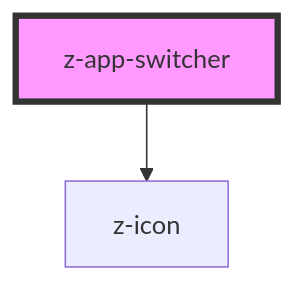
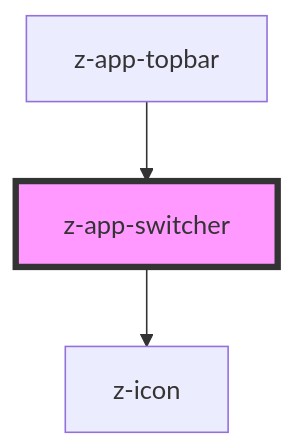
Before and after one commit to ZanichelliEditore/design-system: the diagram in src/components/navigation/z-app-switcher/readme.md, drawn with Mermaid. The commit also changed other lines of this file and 11 other files, not shown here.

Commit message:
refactor: adjust z-app-topbar to new design specifications

````diff
--- a/src/components/navigation/z-app-switcher/readme.md
+++ b/src/components/navigation/z-app-switcher/readme.md
@@ -29,5 +33,6 @@
 ```mermaid
 graph TD;
   z-app-switcher --> z-icon
+  z-app-topbar --> z-app-switcher
   style z-app-switcher fill:#f9f,stroke:#333,stroke-width:4px
 ```
````
